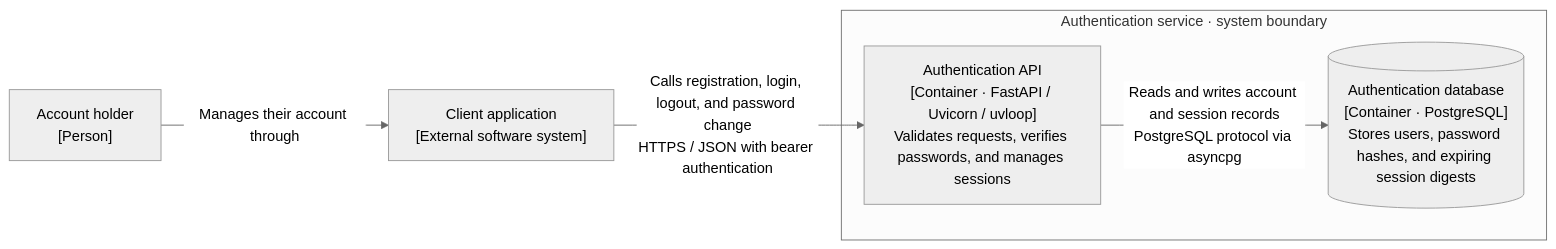
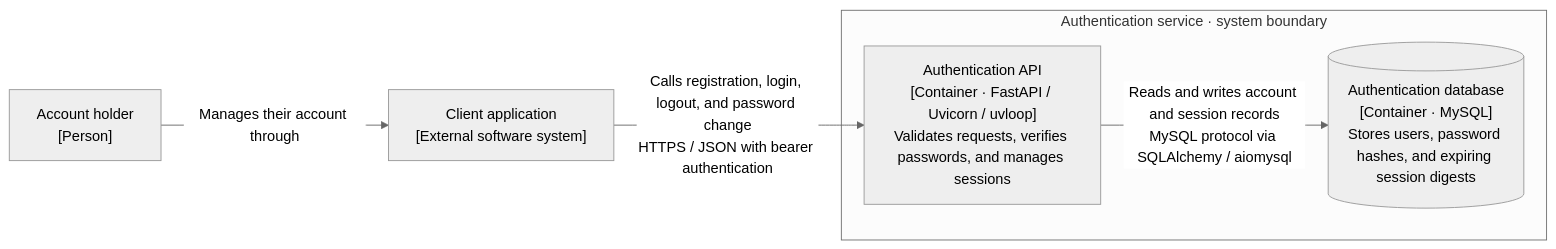
The second of 2 diagrams in ARCHITECTURE.md (barakada/AuthAPI), drawn with Mermaid (neutral theme) before and after one commit. The commit also changed other lines of this file and 20 other files, not shown here.

Commit message:
Refactor authentication modules and migrate to SQLAlchemy MySQL

````diff
--- a/ARCHITECTURE.md
+++ b/ARCHITECTURE.md
@@ -18,12 +18,12 @@
 ```mermaid
 flowchart LR
     user["Account holder<br/>[Person]"]
     client["Client application<br/>[External software system]"]
     user -->|"Manages their account through"| client
     subgraph auth["Authentication service · system boundary"]
         api["Authentication API<br/>[Container · FastAPI / Uvicorn / uvloop]<br/>Validates requests, verifies passwords, and manages sessions"]
-        db[("Authentication database<br/>[Container · PostgreSQL]<br/>Stores users, password hashes, and expiring session digests")]
-        api -->|"Reads and writes account and session records<br/>PostgreSQL protocol via asyncpg"| db
+        db[("Authentication database<br/>[Container · MySQL]<br/>Stores users, password hashes, and expiring session digests")]
+        api -->|"Reads and writes account and session records<br/>MySQL protocol via SQLAlchemy / aiomysql"| db
     end
     client -->|"Calls registration, login, logout, and password change<br/>HTTPS / JSON with bearer authentication"| api
 ```
````
